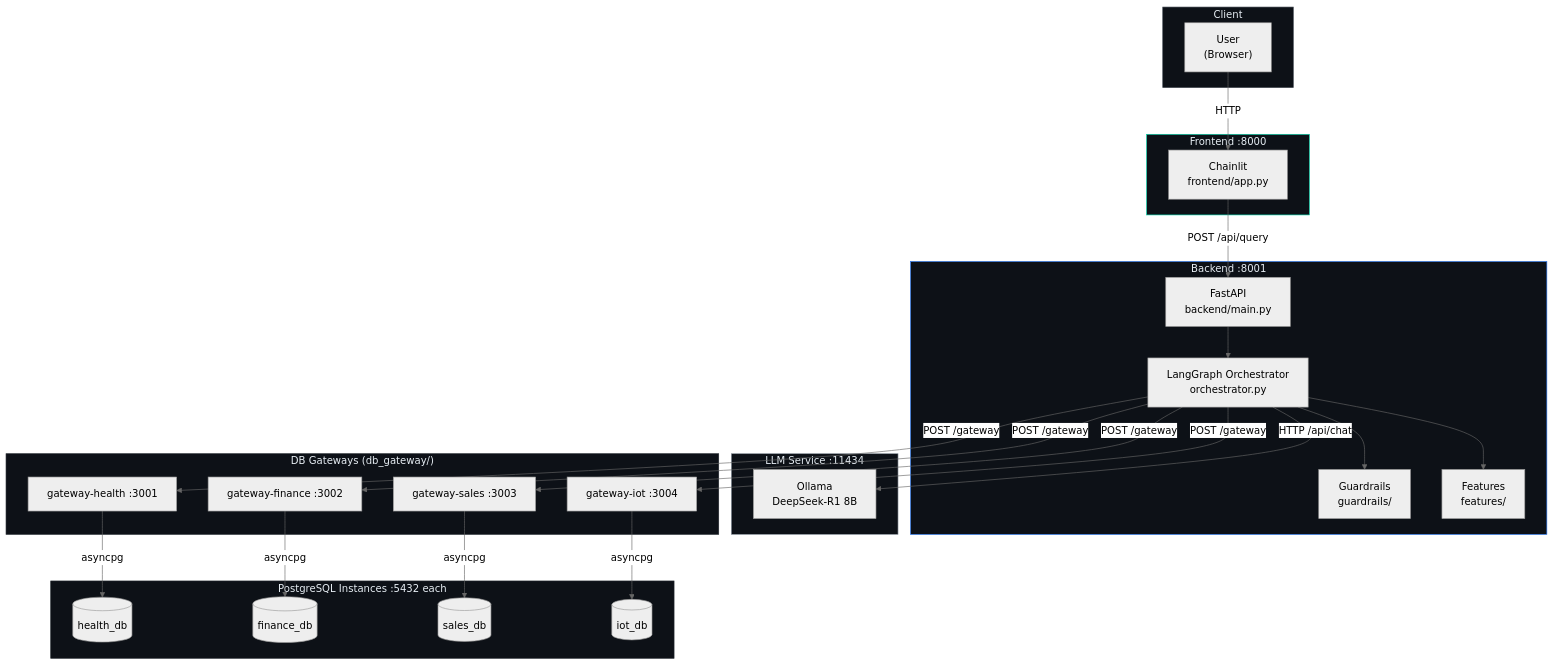
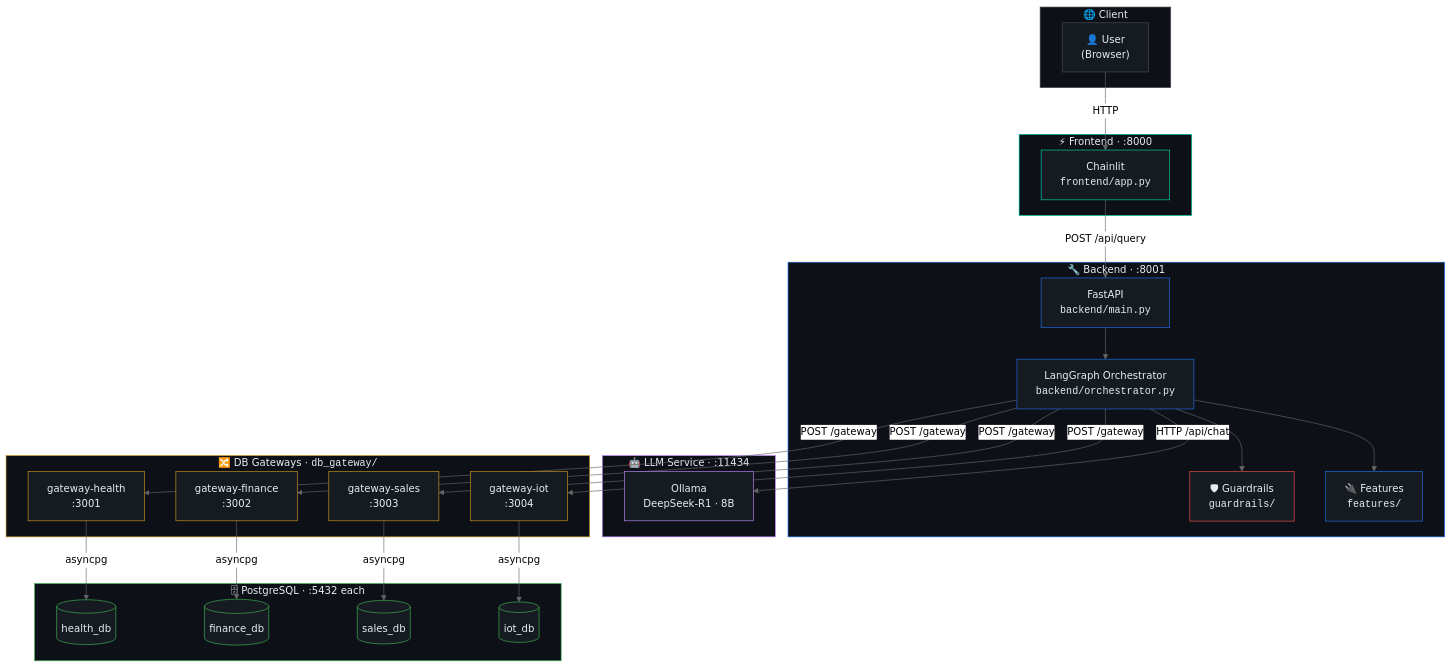
Before and after one commit to satyaki-mitra/local-bi-agent: the first of 9 diagrams in README.md, drawn with Mermaid (neutral theme). The commit also changed other lines of this file, not shown here.

Commit message:
README diagrams changed

````diff
--- a/README.md
+++ b/README.md
@@ -118,57 +122,73 @@
 ```mermaid
 graph TB
-    subgraph Client["Client"]
-        U["User\n(Browser)"]
+    subgraph Client["🌐  Client"]
+        U["👤 User<br/>(Browser)"]
     end
 
-    subgraph FE["Frontend  :8000"]
-        CL["Chainlit\nfrontend/app.py"]
+    subgraph FE["⚡  Frontend  ·  :8000"]
+        CL["Chainlit<br/><code>frontend/app.py</code>"]
     end
 
-    subgraph BE["Backend  :8001"]
-        FA["FastAPI\nbackend/main.py"]
-        ORC["LangGraph Orchestrator\norchestrator.py"]
-        GRD["Guardrails\nguardrails/"]
-        FEAT["Features\nfeatures/"]
+    subgraph BE["🔧  Backend  ·  :8001"]
+        FA["FastAPI<br/><code>backend/main.py</code>"]
+        ORC["LangGraph Orchestrator<br/><code>backend/orchestrator.py</code>"]
+        GRD["🛡 Guardrails<br/><code>guardrails/</code>"]
+        FEAT["🔌 Features<br/><code>features/</code>"]
     end
 
-    subgraph LLM_SVC["LLM Service  :11434"]
-        OL["Ollama\nDeepSeek-R1 8B"]
+    subgraph LLM_SVC["🤖  LLM Service  ·  :11434"]
+        OL["Ollama<br/>DeepSeek-R1 · 8B"]
     end
 
-    subgraph GWS["DB Gateways  (db_gateway/)"]
-        GH["gateway-health  :3001"]
-        GF["gateway-finance :3002"]
-        GS["gateway-sales   :3003"]
-        GI["gateway-iot     :3004"]
+    subgraph GWS["🔀  DB Gateways  ·  <code>db_gateway/</code>"]
+        GH["gateway-health<br/>:3001"]
+        GF["gateway-finance<br/>:3002"]
+        GS["gateway-sales<br/>:3003"]
+        GI["gateway-iot<br/>:3004"]
     end
 
-    subgraph DBS["PostgreSQL Instances  :5432 each"]
+    subgraph DBS["🗄  PostgreSQL  ·  :5432 each"]
         PH[("health_db")]
         PF[("finance_db")]
         PS[("sales_db")]
         PI[("iot_db")]
     end
 
-    U -->|"HTTP"| CL
-    CL -->|"POST /api/query"| FA
-    FA --> ORC
-    ORC --> GRD
-    ORC -->|"POST /gateway"| GH
-    ORC -->|"POST /gateway"| GF
-    ORC -->|"POST /gateway"| GS
-    ORC -->|"POST /gateway"| GI
-    ORC -->|"HTTP /api/chat"| OL
-    ORC --> FEAT
-    GH -->|"asyncpg"| PH
-    GF -->|"asyncpg"| PF
-    GS -->|"asyncpg"| PS
-    GI -->|"asyncpg"| PI
+    U      -->|"HTTP"| CL
+    CL     -->|"POST /api/query"| FA
+    FA     --> ORC
+    ORC    --> GRD
+    ORC    --> FEAT
+    ORC    -->|"HTTP /api/chat"| OL
+    ORC    -->|"POST /gateway"| GH
+    ORC    -->|"POST /gateway"| GF
+    ORC    -->|"POST /gateway"| GS
+    ORC    -->|"POST /gateway"| GI
+    GH     -->|"asyncpg"| PH
+    GF     -->|"asyncpg"| PF
+    GS     -->|"asyncpg"| PS
+    GI     -->|"asyncpg"| PI
 
-    style Client fill:#0D1117,stroke:#484F58,color:#E6EDF3
-    style FE fill:#0D1117,stroke:#00D4AA,color:#E6EDF3
-    style BE fill:#0D1117,stroke:#1F6FEB,color:#E6EDF3
-    style LLM_SVC fill:#0D1117,stroke:#8B949E,color:#E6EDF3
-    style GWS fill:#0D1117,stroke:#21262D,color:#E6EDF3
-    style DBS fill:#0D1117,stroke:#21262D,color:#E6EDF3
+    style Client   fill:#0D1117,stroke:#484F58,color:#E6EDF3
+    style FE       fill:#0D1117,stroke:#00D4AA,color:#E6EDF3
+    style BE       fill:#0D1117,stroke:#1F6FEB,color:#E6EDF3
+    style LLM_SVC  fill:#0D1117,stroke:#BC8CFF,color:#E6EDF3
+    style GWS      fill:#0D1117,stroke:#D29922,color:#E6EDF3
+    style DBS      fill:#0D1117,stroke:#3FB950,color:#E6EDF3
+
+    style U    fill:#161B22,stroke:#484F58,color:#E6EDF3
+    style CL   fill:#161B22,stroke:#00D4AA,color:#E6EDF3
+    style FA   fill:#161B22,stroke:#1F6FEB,color:#E6EDF3
+    style ORC  fill:#161B22,stroke:#1F6FEB,color:#E6EDF3
+    style GRD  fill:#161B22,stroke:#F85149,color:#E6EDF3
+    style FEAT fill:#161B22,stroke:#1F6FEB,color:#E6EDF3
+    style OL   fill:#161B22,stroke:#BC8CFF,color:#E6EDF3
+    style GH   fill:#161B22,stroke:#D29922,color:#E6EDF3
+    style GF   fill:#161B22,stroke:#D29922,color:#E6EDF3
+    style GS   fill:#161B22,stroke:#D29922,color:#E6EDF3
+    style GI   fill:#161B22,stroke:#D29922,color:#E6EDF3
+    style PH   fill:#161B22,stroke:#3FB950,color:#E6EDF3
+    style PF   fill:#161B22,stroke:#3FB950,color:#E6EDF3
+    style PS   fill:#161B22,stroke:#3FB950,color:#E6EDF3
+    style PI   fill:#161B22,stroke:#3FB950,color:#E6EDF3
 ```
````
